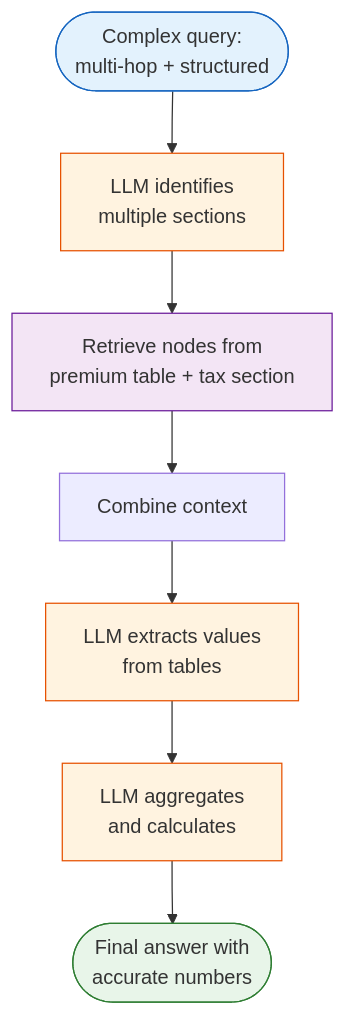
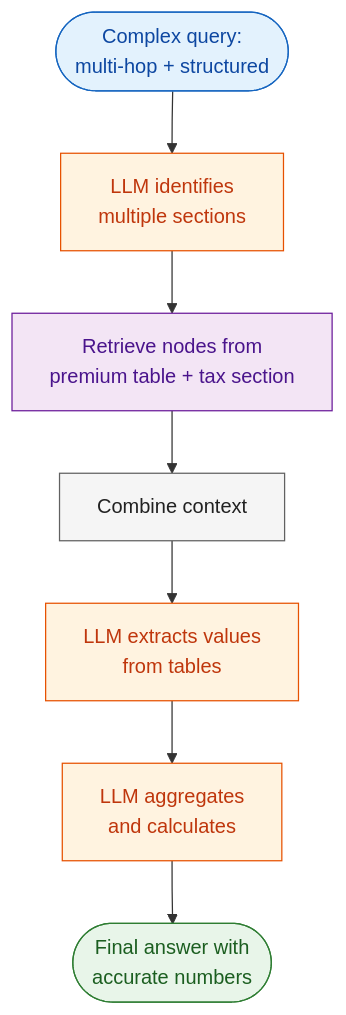
One commit to AyushSinghRana15/Vectorless-RAG changed the third of 6 diagrams in lab2/lab2_vectorless_rag_advanced.md. Above: the diagram before and after it, drawn with Mermaid. The commit also changed other lines of this file and 1 other file, not shown here.

Commit message:
Add explicit text colors to all Mermaid diagram nodes for visibility

````diff
--- a/lab2/lab2_vectorless_rag_advanced.md
+++ b/lab2/lab2_vectorless_rag_advanced.md
@@ -83,16 +87,17 @@
 ```mermaid
 flowchart TD
     A(["Complex query:\nmulti-hop + structured"]) --> B["LLM identifies\nmultiple sections"]
     B --> C["Retrieve nodes from\npremium table + tax section"]
     C --> D["Combine context"]
     D --> E["LLM extracts values\nfrom tables"]
     E --> F["LLM aggregates\nand calculates"]
     F --> G(["Final answer with\naccurate numbers"])
 
-    style A fill:#e3f2fd,stroke:#1565c0
-    style G fill:#e8f5e9,stroke:#2e7d32
-    style B fill:#fff3e0,stroke:#e65100
-    style E fill:#fff3e0,stroke:#e65100
-    style F fill:#fff3e0,stroke:#e65100
-    style C fill:#f3e5f5,stroke:#6a1b9a
+    style A fill:#e3f2fd,stroke:#1565c0,color:#0d47a1
+    style B fill:#fff3e0,stroke:#e65100,color:#bf360c
+    style C fill:#f3e5f5,stroke:#6a1b9a,color:#4a148c
+    style D fill:#f5f5f5,stroke:#616161,color:#212121
+    style E fill:#fff3e0,stroke:#e65100,color:#bf360c
+    style F fill:#fff3e0,stroke:#e65100,color:#bf360c
+    style G fill:#e8f5e9,stroke:#2e7d32,color:#1b5e20
 ```
````
